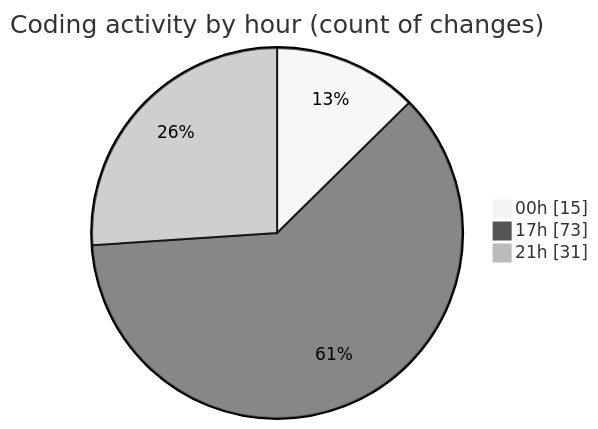
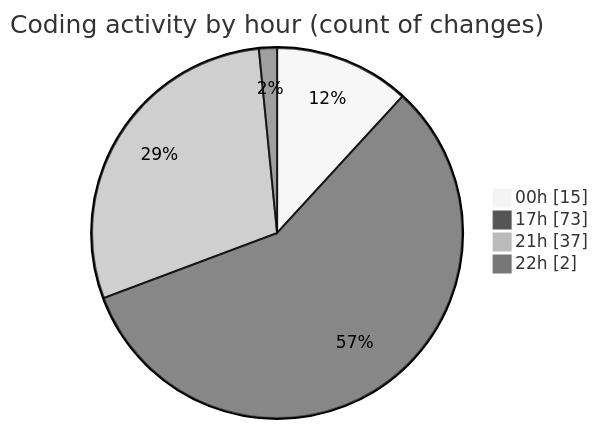
Before and after one commit to Netris89/code-tracking: the second of 2 diagrams in 2025-04-06/echo/README.md, drawn with Mermaid (neutral theme). The commit also changed other lines of this file and 1 other file, not shown here.

````diff
--- a/2025-04-06/echo/README.md
+++ b/2025-04-06/echo/README.md
@@ -39,7 +39,8 @@
 ```mermaid
 pie showData
 title Coding activity by hour (count of changes)
 "00h" : 15
 "17h" : 73
-"21h" : 31
+"21h" : 37
+"22h" : 2
 ```
````
